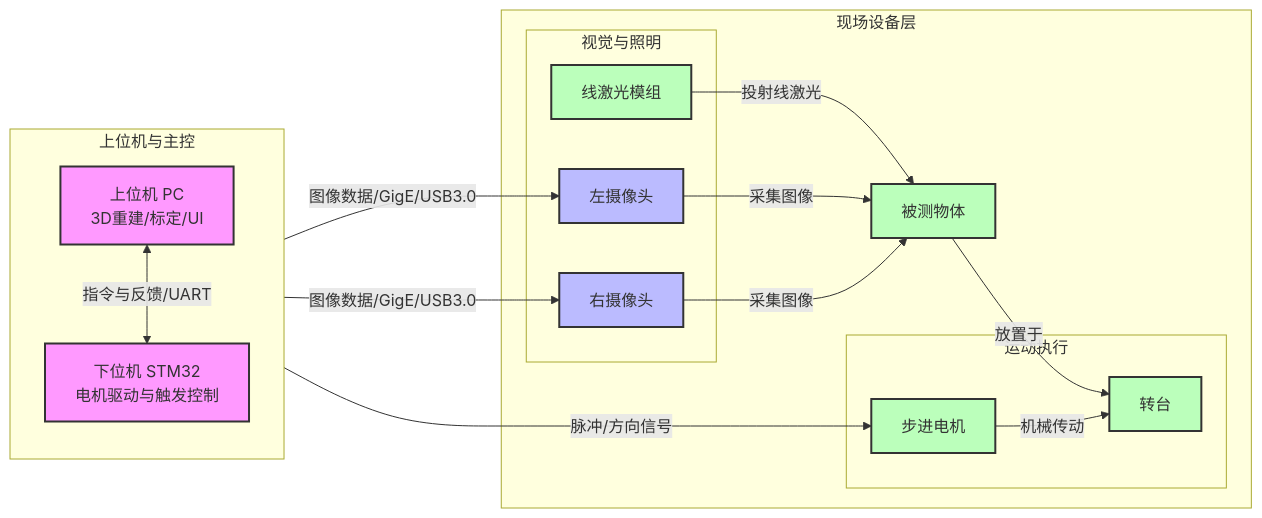
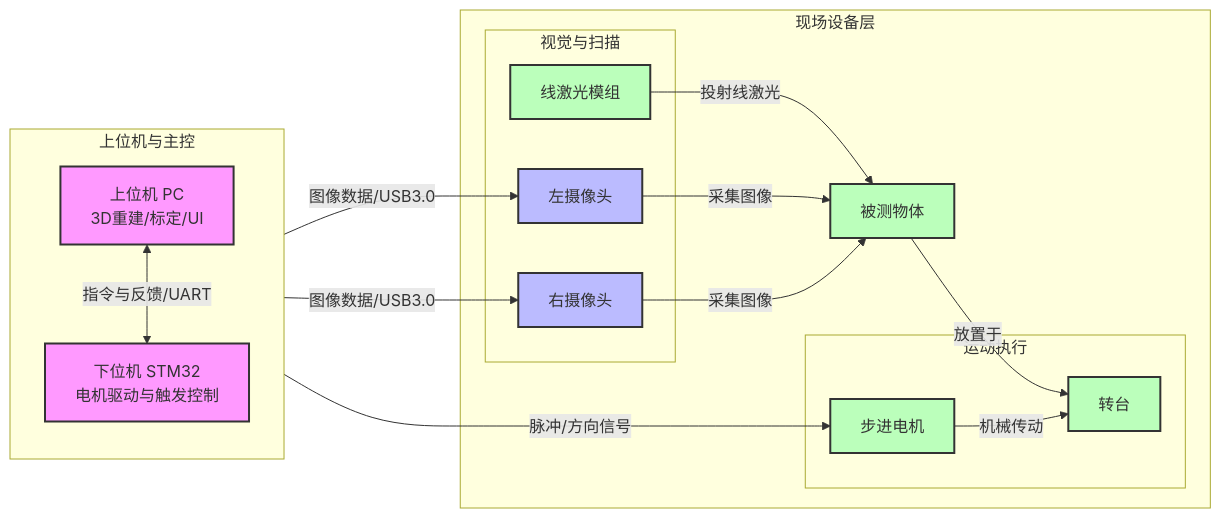
Before and after one commit to Entzauberung-X/3D-reconstruction: the first of 2 diagrams in README.md, drawn with Mermaid.

````diff
--- a/README.md
+++ b/README.md
@@ -11,42 +11,42 @@
 ```mermaid
 flowchart LR
     %% 样式定义
     classDef control fill:#f9f,stroke:#333,stroke-width:2px;
     classDef data fill:#bbf,stroke:#333,stroke-width:2px;
     classDef physics fill:#bfb,stroke:#333,stroke-width:2px;
     classDef sync fill:#ffb,stroke:#333,stroke-width:2px;
 
     subgraph Host[上位机与主控]
-        direction TB  %% 关键修改：强制 PC 和 MCU 上下排布
+        direction TB
         PC[上位机 PC<br>3D重建/标定/UI]:::control
         MCU[下位机 STM32<br>电机驱动与触发控制]:::control
     end
 
     subgraph Field[现场设备层]
-        subgraph Vision[视觉与照明]
+        subgraph Vision[视觉与扫描]
             LC[左摄像头]:::data
             RC[右摄像头]:::data
             LL[线激光模组]:::physics
         end
         subgraph Motion[运动执行]
             SM[步进电机]:::physics
             TT[转台]:::physics
         end
         OBJ[被测物体]:::physics
     end
 
     %% 物理关系
     OBJ -->|放置于| TT
     LL -->|投射线激光| OBJ
     LC -->|采集图像| OBJ
     RC -->|采集图像| OBJ
 
     %% 数据流（PC 在上，向右上引出至摄像头）
-    PC -->|图像数据/GigE/USB3.0| LC
-    PC -->|图像数据/GigE/USB3.0| RC
+    PC -->|图像数据/USB3.0| LC
+    PC -->|图像数据/USB3.0| RC
 
     %% 控制流（PC 与 MCU 垂直连接，MCU 在下方向右引出至电机）
     PC <-->|指令与反馈/UART| MCU
     MCU -->|脉冲/方向信号| SM
     SM -->|机械传动| TT
 ```
````
